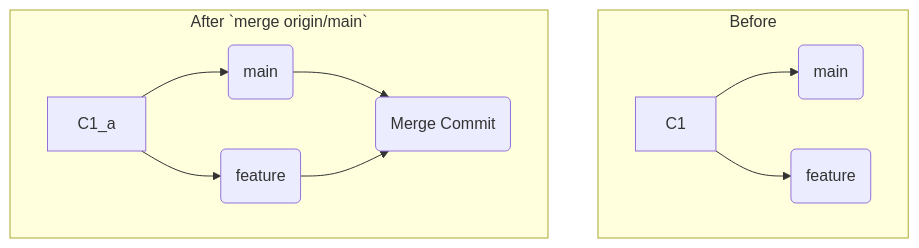
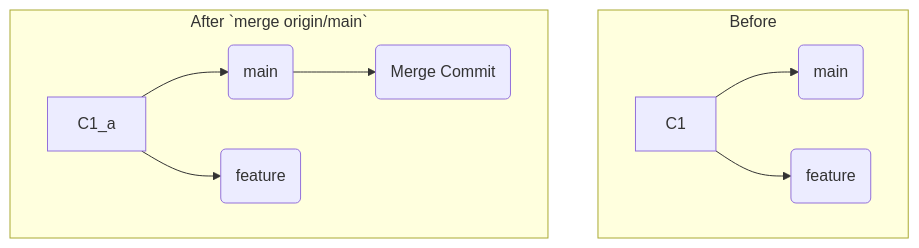
The first of 2 diagrams in manuscript/part5/chapter30.md (engineers-hub-ltd-in-house-project/git-deep-understanding), drawn with Mermaid before and after one commit. The commit also changed 8 other files, not shown here.

Commit message:
docs: fix mermaid syntax errors for subgraphs

````diff
--- a/manuscript/part5/chapter30.md
+++ b/manuscript/part5/chapter30.md
@@ -82,13 +82,12 @@
 ```mermaid
 graph TD
     subgraph "Before"
         C1 --> C2("main")
         C1 --> C3("feature")
     end
     subgraph "After `merge origin/main`"
         C1_a --> C2_a("main")
         C1_a --> C3_a("feature")
         C2_a --> C4_a("Merge Commit")
-        C3_a --> C4_a
     end
 ```
````
